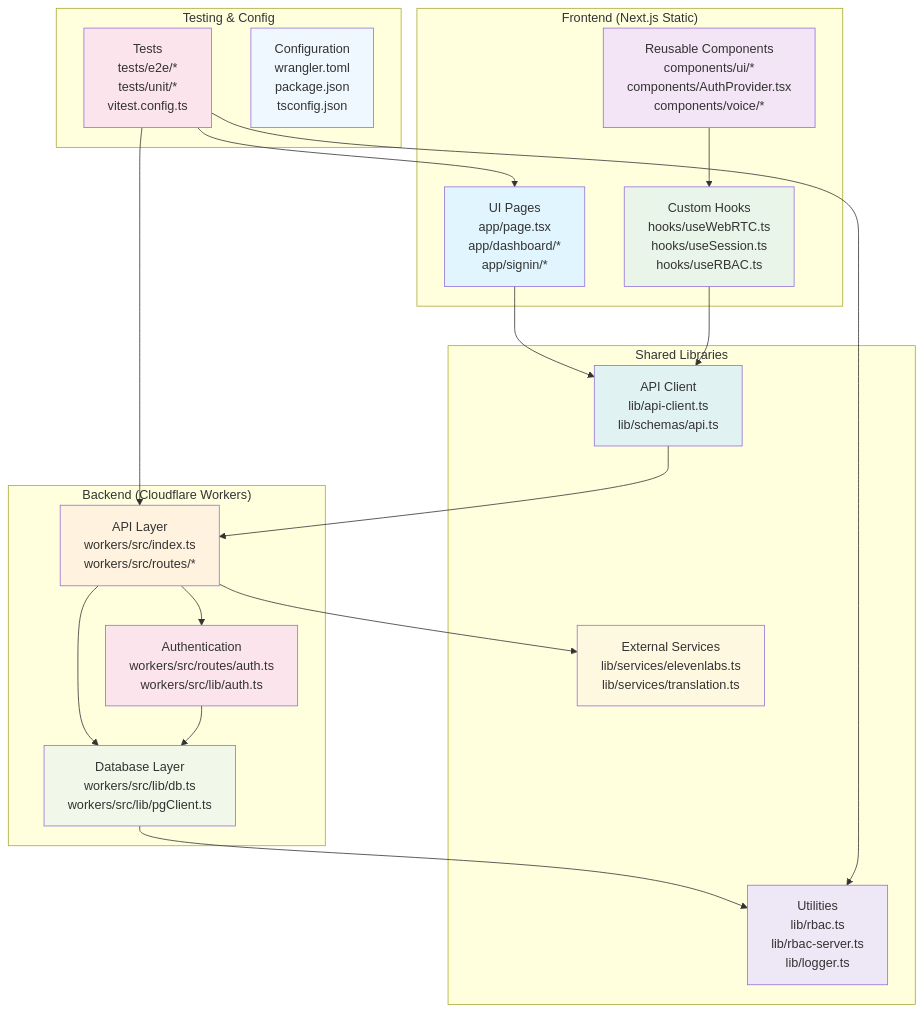
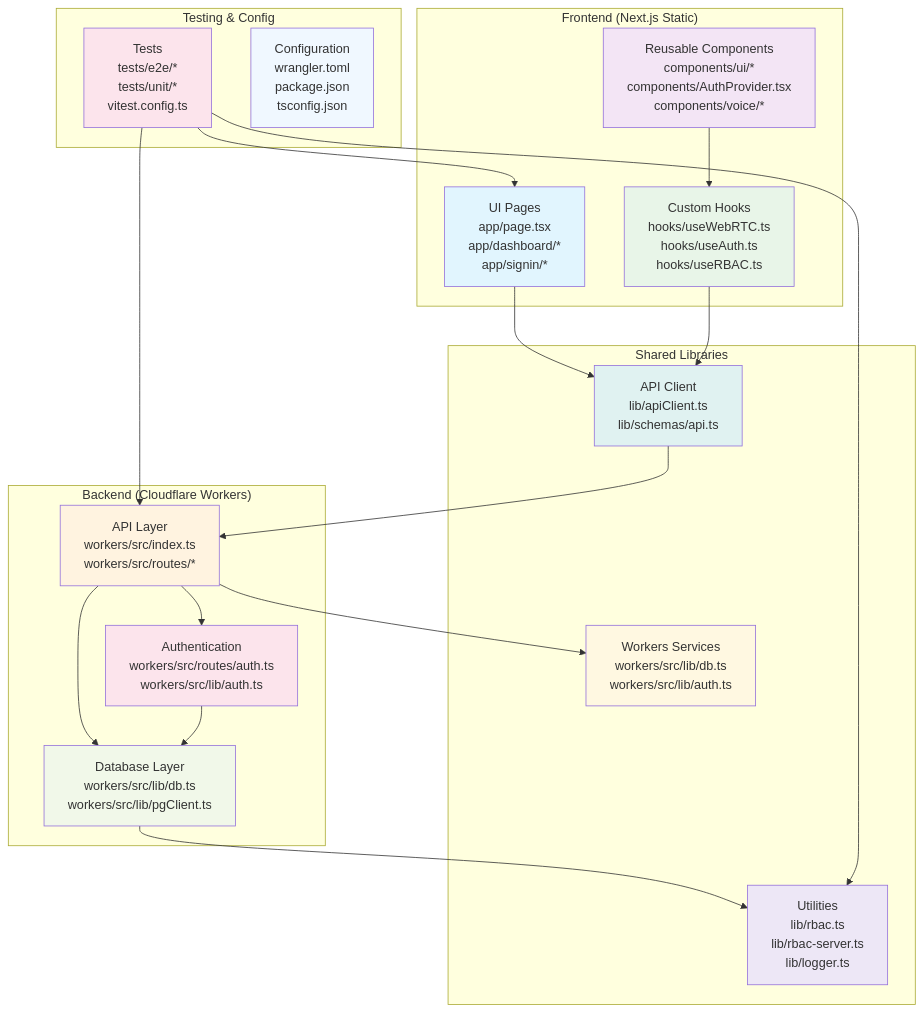
The diagram in ARCH_DOCS/SYSTEM_MAP.md (adrper79-dot/CallMonitor), drawn with Mermaid before and after one commit. The commit also changed other lines of this file and 55 other files, not shown here.

````diff
--- a/ARCH_DOCS/SYSTEM_MAP.md
+++ b/ARCH_DOCS/SYSTEM_MAP.md
@@ -3,50 +3,50 @@
 ```mermaid
 graph TB
     subgraph "Frontend (Next.js Static)"
         UI[UI Pages<br/>app/page.tsx<br/>app/dashboard/*<br/>app/signin/*]
         Components[Reusable Components<br/>components/ui/*<br/>components/AuthProvider.tsx<br/>components/voice/*]
-        Hooks[Custom Hooks<br/>hooks/useWebRTC.ts<br/>hooks/useSession.ts<br/>hooks/useRBAC.ts]
+        Hooks[Custom Hooks<br/>hooks/useWebRTC.ts<br/>hooks/useAuth.ts<br/>hooks/useRBAC.ts]
     end
 
     subgraph "Backend (Cloudflare Workers)"
         WorkersAPI[API Layer<br/>workers/src/index.ts<br/>workers/src/routes/*]
         Auth[Authentication<br/>workers/src/routes/auth.ts<br/>workers/src/lib/auth.ts]
         DB[Database Layer<br/>workers/src/lib/db.ts<br/>workers/src/lib/pgClient.ts]
     end
 
     subgraph "Shared Libraries"
-        APIClient[API Client<br/>lib/api-client.ts<br/>lib/schemas/api.ts]
+        APIClient[API Client<br/>lib/apiClient.ts<br/>lib/schemas/api.ts]
         Utils[Utilities<br/>lib/rbac.ts<br/>lib/rbac-server.ts<br/>lib/logger.ts]
-        Services[External Services<br/>lib/services/elevenlabs.ts<br/>lib/services/translation.ts]
+        Services[Workers Services<br/>workers/src/lib/db.ts<br/>workers/src/lib/auth.ts]
     end
 
     subgraph "Testing & Config"
         Tests[Tests<br/>tests/e2e/*<br/>tests/unit/*<br/>vitest.config.ts]
         Config[Configuration<br/>wrangler.toml<br/>package.json<br/>tsconfig.json]
     end
 
     UI --> APIClient
     Components --> Hooks
     Hooks --> APIClient
     APIClient --> WorkersAPI
     WorkersAPI --> Auth
     WorkersAPI --> DB
     Auth --> DB
     DB --> Utils
     WorkersAPI --> Services
     Tests --> UI
     Tests --> WorkersAPI
     Tests --> Utils
 
     style UI fill:#e1f5fe
     style Components fill:#f3e5f5
     style Hooks fill:#e8f5e8
     style WorkersAPI fill:#fff3e0
     style Auth fill:#fce4ec
     style DB fill:#f1f8e9
     style APIClient fill:#e0f2f1
     style Utils fill:#ede7f6
     style Services fill:#fff8e1
     style Tests fill:#fce4ec
     style Config fill:#f0f8ff
 ```
````
